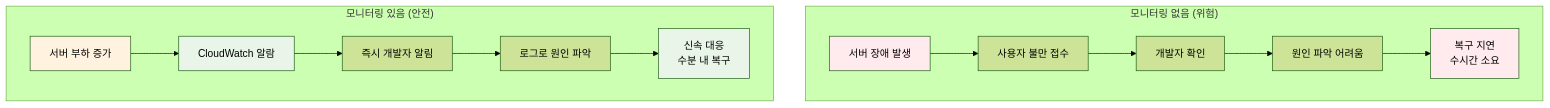
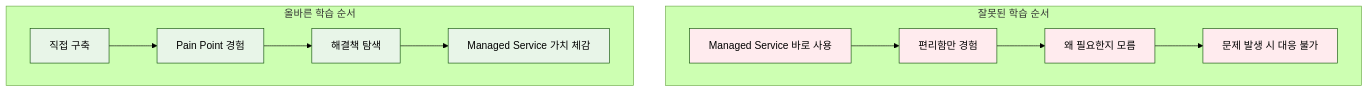
One commit to niceguy61/kdt_devops_lecture_2025 changed the second of 5 diagrams in theory/week_05/day5/session_3.md. Above: the diagram before and after it, drawn with Mermaid (forest theme). The commit also changed other lines of this file, not shown here.

````diff
--- a/theory/week_05/day5/session_3.md
+++ b/theory/week_05/day5/session_3.md
@@ -34,22 +60,28 @@
 ```mermaid
 graph TB
-    subgraph "모니터링 없음 (위험)"
-        A1[서버 장애 발생] --> B1[사용자 불만 접수]
-        B1 --> C1[개발자 확인]
-        C1 --> D1[원인 파악 어려움]
-        D1 --> E1[복구 지연<br/>수시간 소요]
+    subgraph "잘못된 학습 순서"
+        A1[Managed Service 바로 사용]
+        B1[편리함만 경험]
+        C1[왜 필요한지 모름]
+        D1[문제 발생 시 대응 불가]
     end
     
-    subgraph "모니터링 있음 (안전)"
-        A2[서버 부하 증가] --> B2[CloudWatch 알람]
-        B2 --> C2[즉시 개발자 알림]
-        C2 --> D2[로그로 원인 파악]
-        D2 --> E2[신속 대응<br/>수분 내 복구]
+    subgraph "올바른 학습 순서"
+        A2[직접 구축]
+        B2[Pain Point 경험]
+        C2[해결책 탐색]
+        D2[Managed Service 가치 체감]
     end
     
+    A1 --> B1 --> C1 --> D1
+    A2 --> B2 --> C2 --> D2
+    
     style A1 fill:#ffebee
-    style E1 fill:#ffebee
-    style A2 fill:#fff3e0
+    style B1 fill:#ffebee
+    style C1 fill:#ffebee
+    style D1 fill:#ffebee
+    style A2 fill:#e8f5e8
     style B2 fill:#e8f5e8
-    style E2 fill:#e8f5e8
+    style C2 fill:#e8f5e8
+    style D2 fill:#e8f5e8
 ```
````
